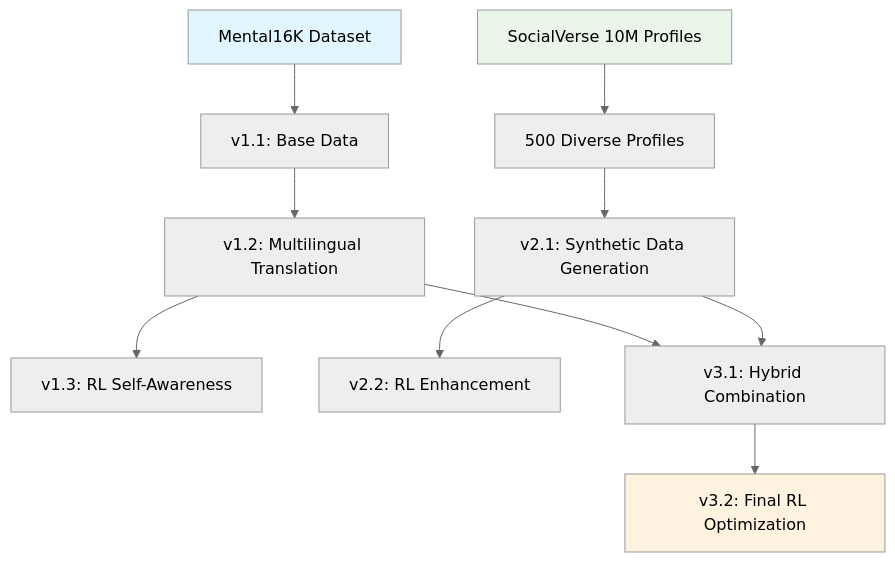
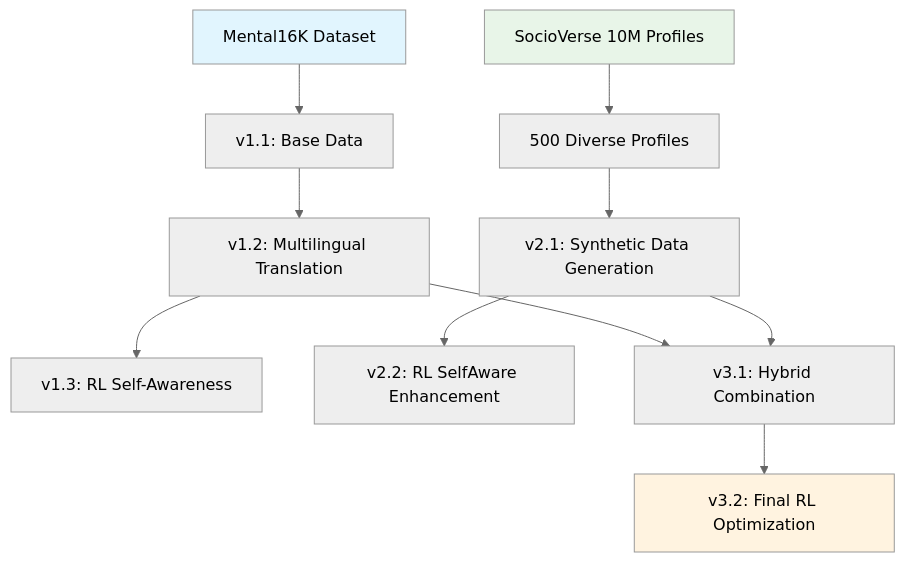
One commit to jasminehuynh11/Self-Aware-Support-A-Multilingual-Reinforcement-Learning-Pipeline-for-AI-Mental-Health-Chat changed the diagram in README.md. Above: the diagram before and after it, drawn with Mermaid (neutral theme). The commit also changed other lines of this file and 1 other file, not shown here.

Commit message:
Enhance Readme

````diff
--- a/README.md
+++ b/README.md
@@ -75,18 +75,18 @@
 ```mermaid
 graph TD
     A[Mental16K Dataset] --> B[v1.1: Base Data]
     B --> C[v1.2: Multilingual Translation]
     C --> D[v1.3: RL Self-Awareness]
     
-    E[SocialVerse 10M Profiles] --> F[500 Diverse Profiles]
+    E[SocioVerse 10M Profiles] --> F[500 Diverse Profiles]
     F --> G[v2.1: Synthetic Data Generation]
-    G --> H[v2.2: RL Enhancement]
+    G --> H[v2.2: RL SelfAware Enhancement]
     
     C --> I[v3.1: Hybrid Combination]
     G --> I
     I --> J[v3.2: Final RL Optimization]
     
     style A fill:#e1f5fe
     style E fill:#e8f5e8
     style J fill:#fff3e0
 ```
````
